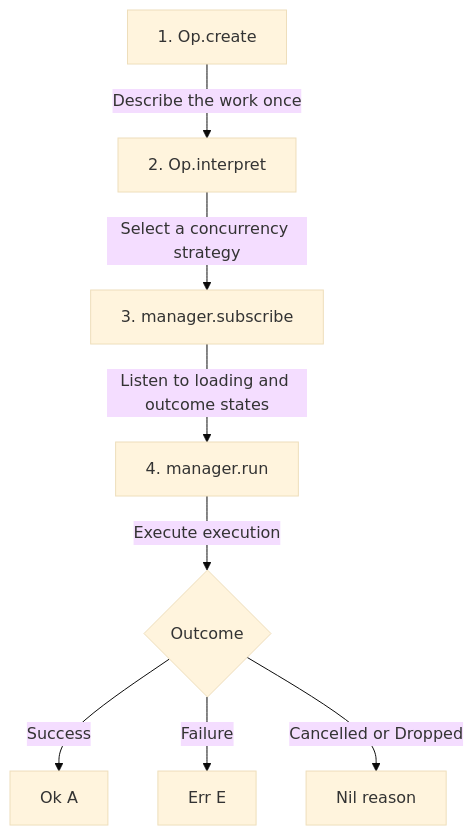
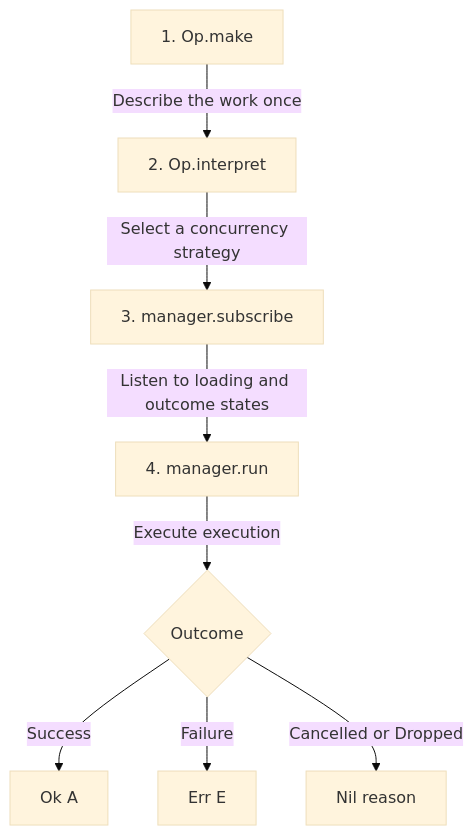
One commit to nlozgachev/pipelined changed the diagram in docs/src/content/docs/guides/op.mdx. Above: the diagram before and after it, drawn with Mermaid (base theme). The commit also changed other lines of this file and 7 other files, not shown here.

````diff
--- a/docs/src/content/docs/guides/op.mdx
+++ b/docs/src/content/docs/guides/op.mdx
@@ -75,10 +75,10 @@
 ```mermaid
 flowchart TD
-    A[1. Op.create] -->|Describe the work once| B[2. Op.interpret]
+    A[1. Op.make] -->|Describe the work once| B[2. Op.interpret]
     B -->|Select a concurrency strategy| C[3. manager.subscribe]
     C -->|Listen to loading and outcome states| D[4. manager.run]
     D -->|Execute execution| E{Outcome}
     E -->|Success| Ok[Ok A]
     E -->|Failure| Err[Err E]
     E -->|Cancelled or Dropped| Nil[Nil reason]
 ```
````
